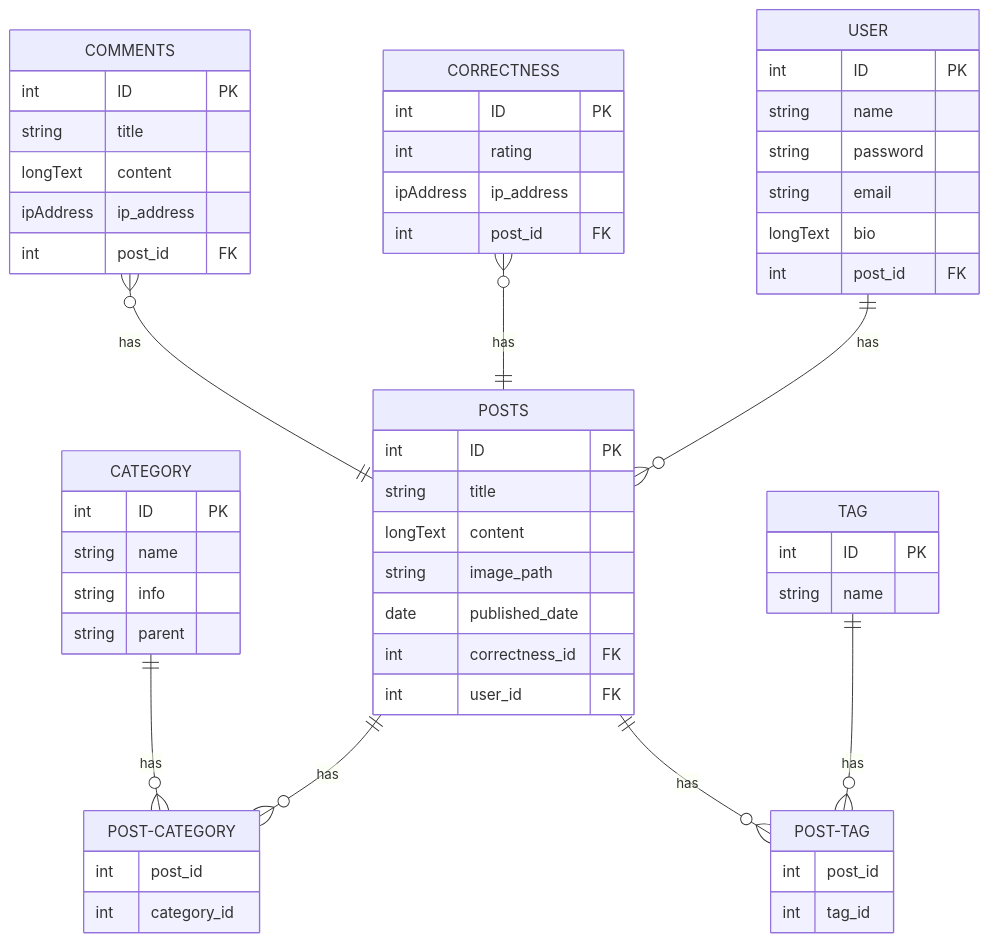
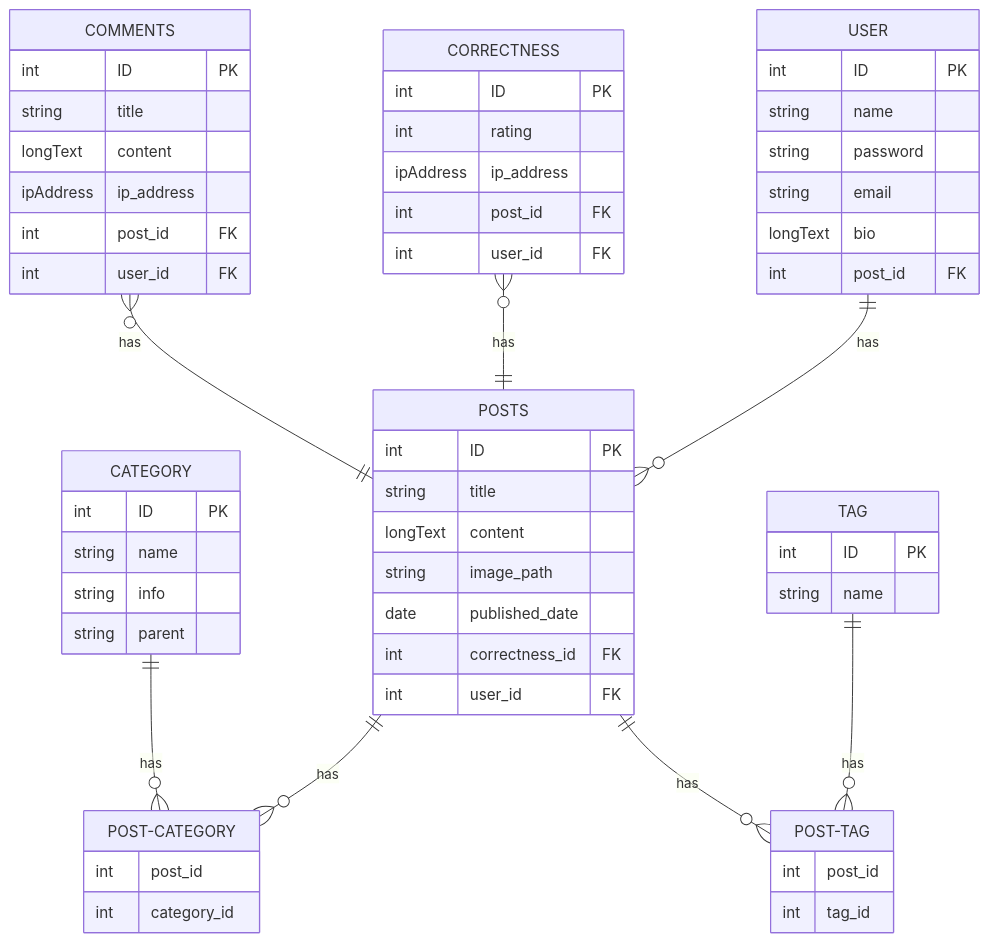
Before and after one commit to sd4483/Obsidian: the diagram in Web Applications/Strings App.md, drawn with Mermaid.

Commit message:
vault backup: 2023-03-05 11:07:56

````diff
--- a/Web Applications/Strings App.md
+++ b/Web Applications/Strings App.md
@@ -46,58 +46,60 @@
 ```mermaid
 erDiagram
 	CATEGORY {
 		int ID PK
 		string name
 		string info
 		string parent
 	}
 	POSTS {
 		int ID PK
 		string title
 		longText content
 		string image_path
 		date published_date
 		int correctness_id FK
 		int user_id FK
 	}
 	POST-CATEGORY {
 		int post_id
 		int category_id
 	}
 	TAG {
 		int ID PK
 		string name
 	}
 	POST-TAG {
 		int post_id
 		int tag_id
 	}
 	COMMENTS {
 		int ID PK
 		string title
 		longText content
 		ipAddress ip_address
 		int post_id FK
+		int user_id FK
 	}
 	CORRECTNESS {
 		int ID PK
 		int rating
 		ipAddress ip_address
 		int post_id FK
+		int user_id FK
 	}
 	USER {
 		int ID PK
 		string name
 		string password
 		string email
 		longText bio
 		int post_id FK
 	}
 	CATEGORY ||--o{ POST-CATEGORY : has
 	POSTS ||--o{ POST-CATEGORY : has
 	TAG ||--o{ POST-TAG : has
 	POSTS ||--o{ POST-TAG : has
 	COMMENTS }o--|| POSTS : has
 	CORRECTNESS }o--|| POSTS : has
 	USER ||--o{ POSTS : has
 ```
````
